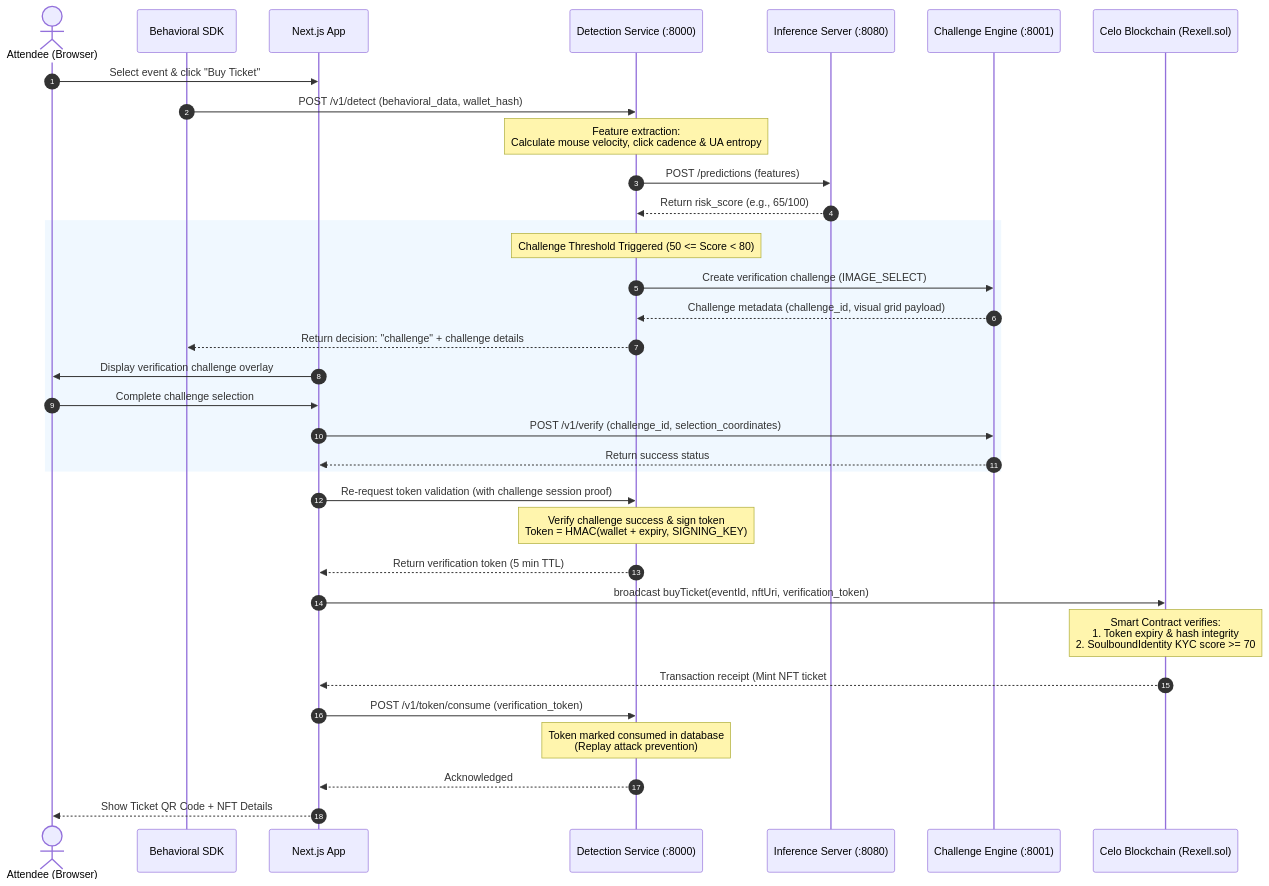
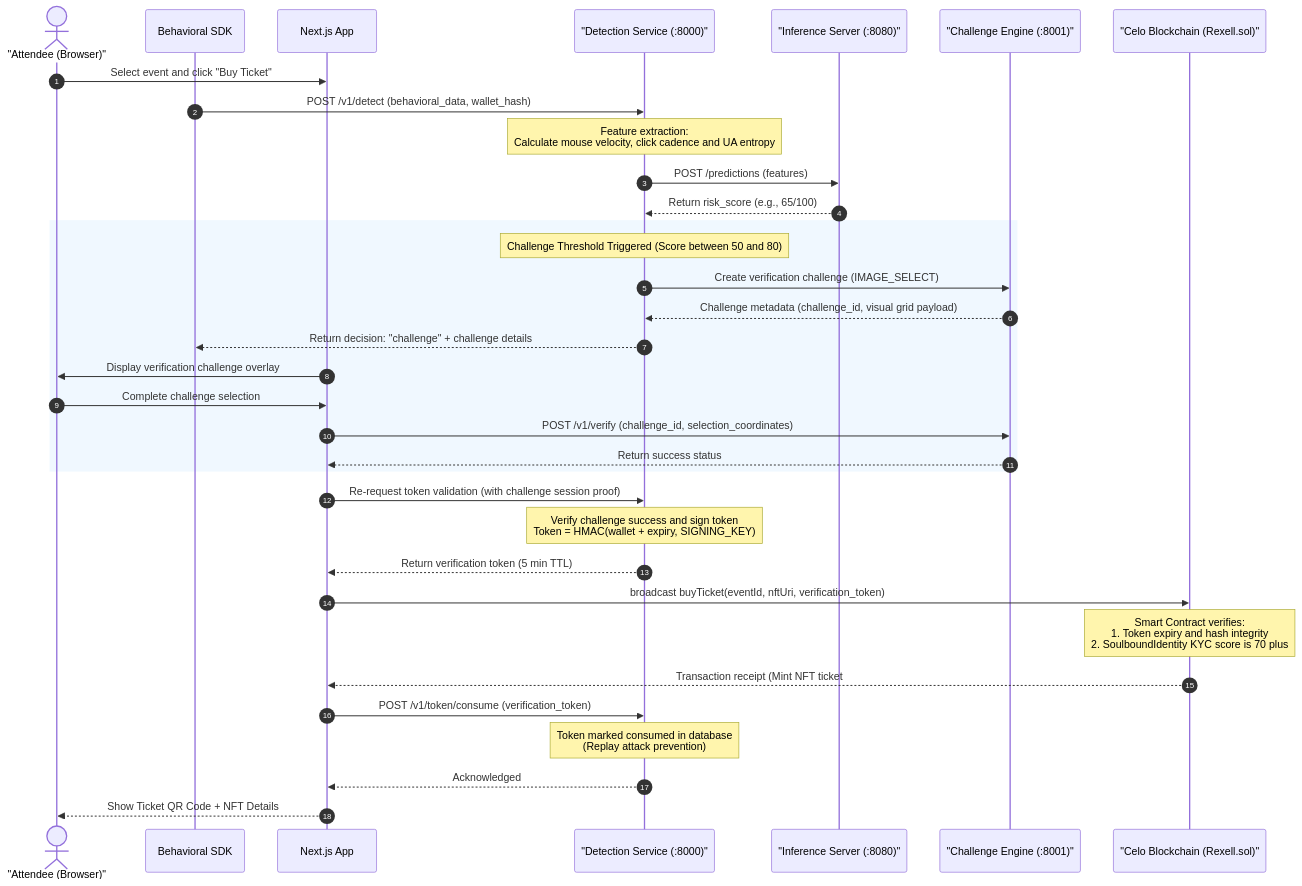
One commit to Sayyed23/Rexell changed the fourth of 4 diagrams in SYSTEM_DIAGRAMS.md. Above: the diagram before and after it, drawn with Mermaid. The commit also changed other lines of this file, not shown here.

Commit message:
chore: update documentation grammar and formatting in SYSTEM_DIAGRAMS.md

````diff
--- a/SYSTEM_DIAGRAMS.md
+++ b/SYSTEM_DIAGRAMS.md
@@ -376,41 +376,41 @@
 ```mermaid
 sequenceDiagram
     autonumber
-    actor User as Attendee (Browser)
+    actor User as "Attendee (Browser)"
     participant SDK as Behavioral SDK
     participant FE as Next.js App
-    participant DET as Detection Service (:8000)
-    participant INF as Inference Server (:8080)
-    participant CHA as Challenge Engine (:8001)
-    participant CELO as Celo Blockchain (Rexell.sol)
+    participant DET as "Detection Service (:8000)"
+    participant INF as "Inference Server (:8080)"
+    participant CHA as "Challenge Engine (:8001)"
+    participant CELO as "Celo Blockchain (Rexell.sol)"
 
-    User->>FE: Select event & click "Buy Ticket"
+    User->>FE: Select event and click "Buy Ticket"
     SDK->>DET: POST /v1/detect (behavioral_data, wallet_hash)
-    Note over DET: Feature extraction:<br/>Calculate mouse velocity, click cadence & UA entropy
+    Note over DET: Feature extraction:<br/>Calculate mouse velocity, click cadence and UA entropy
     DET->>INF: POST /predictions (features)
     INF-->>DET: Return risk_score (e.g., 65/100)
     
     rect rgb(240, 248, 255)
-        Note over DET: Challenge Threshold Triggered (50 <= Score < 80)
+        Note over DET: Challenge Threshold Triggered (Score between 50 and 80)
         DET->>CHA: Create verification challenge (IMAGE_SELECT)
         CHA-->>DET: Challenge metadata (challenge_id, visual grid payload)
         DET-->>SDK: Return decision: "challenge" + challenge details
         FE->>User: Display verification challenge overlay
         User->>FE: Complete challenge selection
         FE->>CHA: POST /v1/verify (challenge_id, selection_coordinates)
         CHA-->>FE: Return success status
     end
 
     FE->>DET: Re-request token validation (with challenge session proof)
-    Note over DET: Verify challenge success & sign token<br/>Token = HMAC(wallet + expiry, SIGNING_KEY)
+    Note over DET: Verify challenge success and sign token<br/>Token = HMAC(wallet + expiry, SIGNING_KEY)
     DET-->>FE: Return verification token (5 min TTL)
     
     FE->>CELO: broadcast buyTicket(eventId, nftUri, verification_token)
-    Note over CELO: Smart Contract verifies:<br/>1. Token expiry & hash integrity<br/>2. SoulboundIdentity KYC score >= 70
+    Note over CELO: Smart Contract verifies:<br/>1. Token expiry and hash integrity<br/>2. SoulboundIdentity KYC score is 70 plus
     CELO-->>FE: Transaction receipt (Mint NFT ticket #102)
     
     FE->>DET: POST /v1/token/consume (verification_token)
     Note over DET: Token marked consumed in database<br/>(Replay attack prevention)
     DET-->>FE: Acknowledged
     FE-->>User: Show Ticket QR Code + NFT Details
 ```
````
